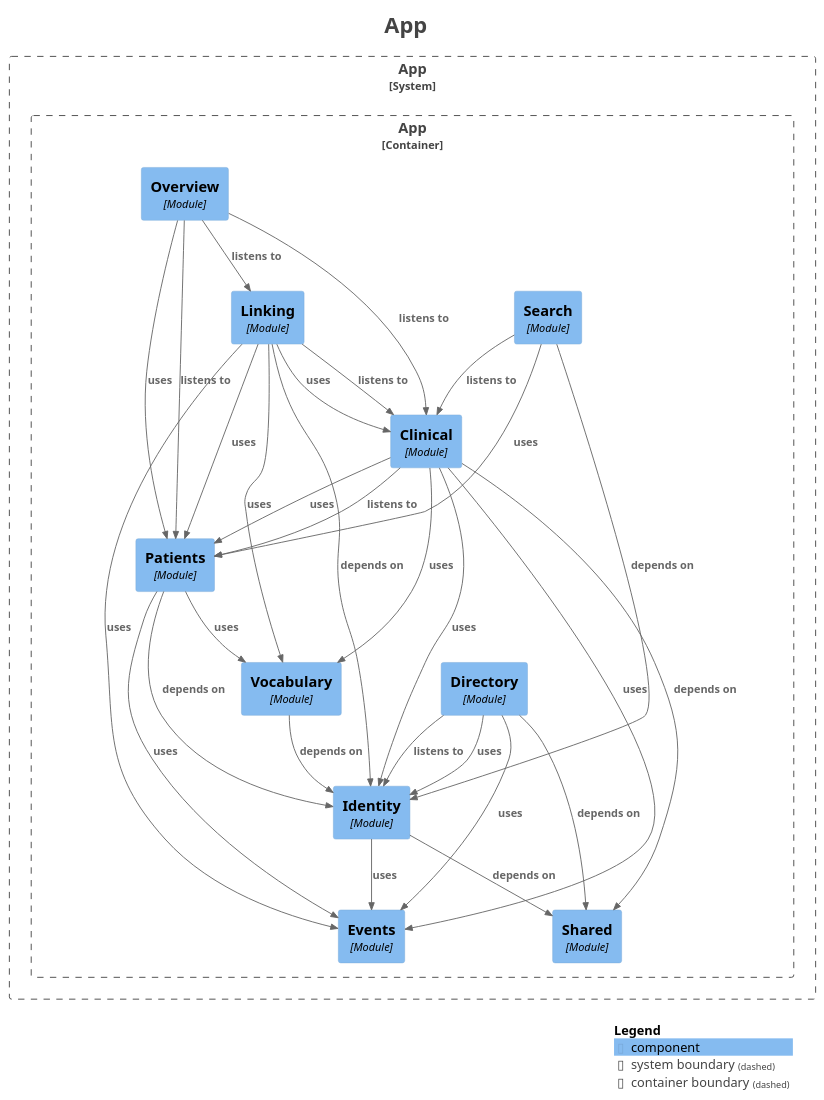
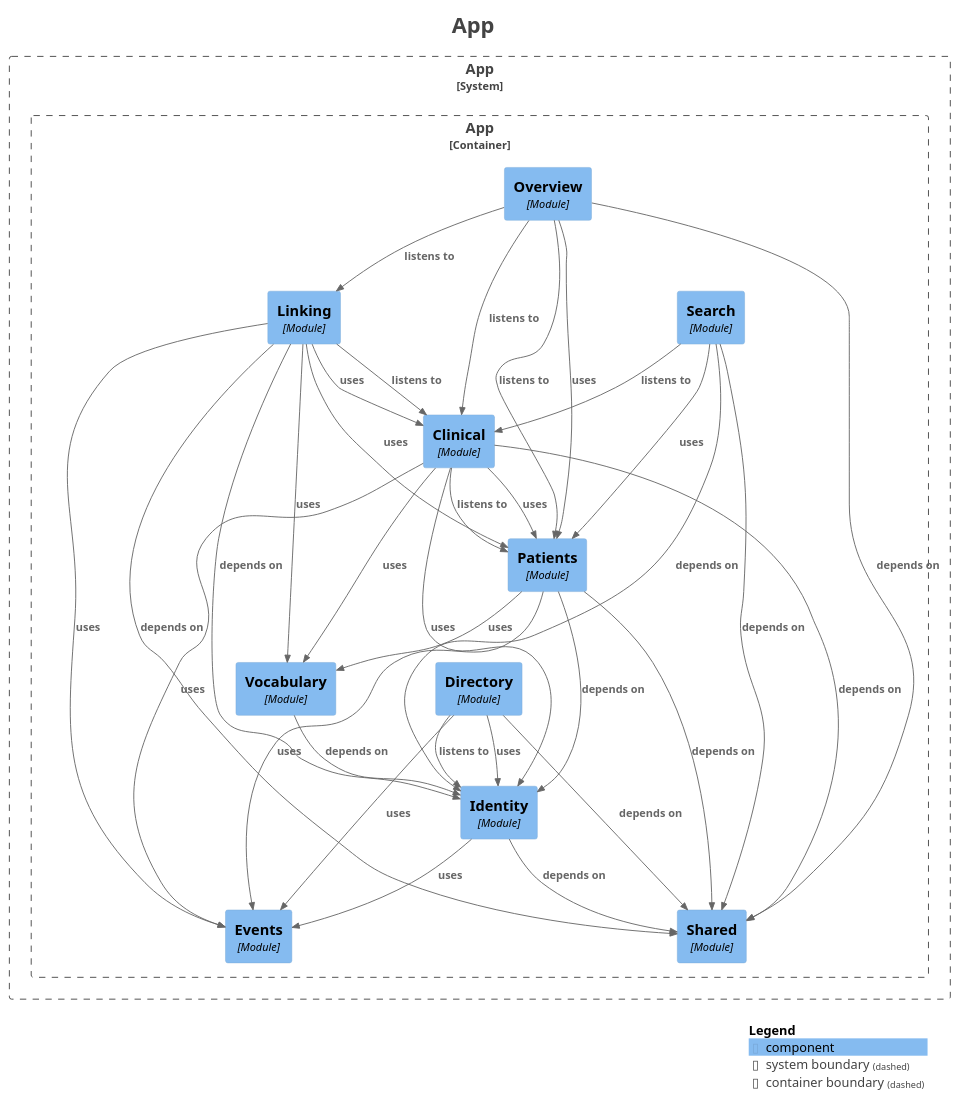
One commit to mrscams/psymate-api changed the diagram in docs/generated/components.puml. Above: the diagram before and after it, drawn with PlantUML. The commit also changed 58 other files, not shown here.

```diff
--- a/docs/generated/components.puml
+++ b/docs/generated/components.puml
@@ -1,66 +1,70 @@
 @startuml
 title <size:24>App</size>
 
 set separator none
 top to bottom direction
 
 <style>
   root {
     BackgroundColor: #ffffff
     FontColor: #444444
   }
 </style>
 
 !include <C4/C4>
 !include <C4/C4_Context>
 !include <C4/C4_Component>
 
 System_Boundary("App_boundary", "App", $tags="") {
   Container_Boundary("App.App_boundary", "App", $tags="") {
     Component(App.App.Clinical, "Clinical", $techn="Module", $descr="", $tags="", $link="")
     Component(App.App.Directory, "Directory", $techn="Module", $descr="", $tags="", $link="")
     Component(App.App.Events, "Events", $techn="Module", $descr="", $tags="", $link="")
     Component(App.App.Identity, "Identity", $techn="Module", $descr="", $tags="", $link="")
     Component(App.App.Linking, "Linking", $techn="Module", $descr="", $tags="", $link="")
     Component(App.App.Overview, "Overview", $techn="Module", $descr="", $tags="", $link="")
     Component(App.App.Patients, "Patients", $techn="Module", $descr="", $tags="", $link="")
     Component(App.App.Search, "Search", $techn="Module", $descr="", $tags="", $link="")
     Component(App.App.Shared, "Shared", $techn="Module", $descr="", $tags="", $link="")
     Component(App.App.Vocabulary, "Vocabulary", $techn="Module", $descr="", $tags="", $link="")
   }
 
 }
 
 Rel(App.App.Clinical, App.App.Events, "uses", $techn="", $tags="", $link="")
 Rel(App.App.Clinical, App.App.Identity, "uses", $techn="", $tags="", $link="")
 Rel(App.App.Clinical, App.App.Patients, "listens to", $techn="", $tags="", $link="")
 Rel(App.App.Clinical, App.App.Patients, "uses", $techn="", $tags="", $link="")
 Rel(App.App.Clinical, App.App.Shared, "depends on", $techn="", $tags="", $link="")
 Rel(App.App.Clinical, App.App.Vocabulary, "uses", $techn="", $tags="", $link="")
 Rel(App.App.Directory, App.App.Events, "uses", $techn="", $tags="", $link="")
 Rel(App.App.Directory, App.App.Identity, "listens to", $techn="", $tags="", $link="")
 Rel(App.App.Directory, App.App.Identity, "uses", $techn="", $tags="", $link="")
 Rel(App.App.Directory, App.App.Shared, "depends on", $techn="", $tags="", $link="")
 Rel(App.App.Identity, App.App.Events, "uses", $techn="", $tags="", $link="")
 Rel(App.App.Identity, App.App.Shared, "depends on", $techn="", $tags="", $link="")
 Rel(App.App.Linking, App.App.Clinical, "listens to", $techn="", $tags="", $link="")
 Rel(App.App.Linking, App.App.Clinical, "uses", $techn="", $tags="", $link="")
 Rel(App.App.Linking, App.App.Events, "uses", $techn="", $tags="", $link="")
 Rel(App.App.Linking, App.App.Identity, "depends on", $techn="", $tags="", $link="")
 Rel(App.App.Linking, App.App.Patients, "uses", $techn="", $tags="", $link="")
+Rel(App.App.Linking, App.App.Shared, "depends on", $techn="", $tags="", $link="")
 Rel(App.App.Linking, App.App.Vocabulary, "uses", $techn="", $tags="", $link="")
 Rel(App.App.Overview, App.App.Clinical, "listens to", $techn="", $tags="", $link="")
 Rel(App.App.Overview, App.App.Linking, "listens to", $techn="", $tags="", $link="")
 Rel(App.App.Overview, App.App.Patients, "listens to", $techn="", $tags="", $link="")
 Rel(App.App.Overview, App.App.Patients, "uses", $techn="", $tags="", $link="")
+Rel(App.App.Overview, App.App.Shared, "depends on", $techn="", $tags="", $link="")
 Rel(App.App.Patients, App.App.Events, "uses", $techn="", $tags="", $link="")
 Rel(App.App.Patients, App.App.Identity, "depends on", $techn="", $tags="", $link="")
+Rel(App.App.Patients, App.App.Shared, "depends on", $techn="", $tags="", $link="")
 Rel(App.App.Patients, App.App.Vocabulary, "uses", $techn="", $tags="", $link="")
 Rel(App.App.Search, App.App.Clinical, "listens to", $techn="", $tags="", $link="")
 Rel(App.App.Search, App.App.Identity, "depends on", $techn="", $tags="", $link="")
 Rel(App.App.Search, App.App.Patients, "uses", $techn="", $tags="", $link="")
+Rel(App.App.Search, App.App.Shared, "depends on", $techn="", $tags="", $link="")
 Rel(App.App.Vocabulary, App.App.Identity, "depends on", $techn="", $tags="", $link="")
 
 SHOW_LEGEND(true)
 hide stereotypes
 @enduml
```
